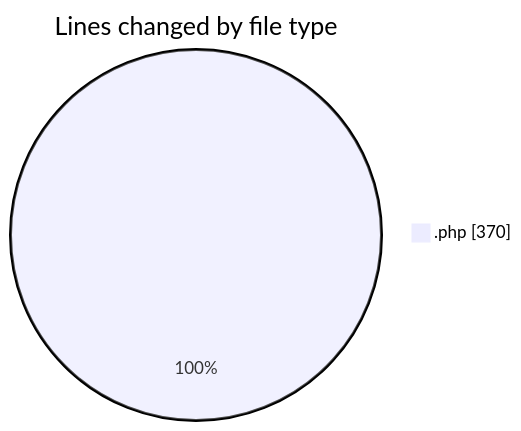
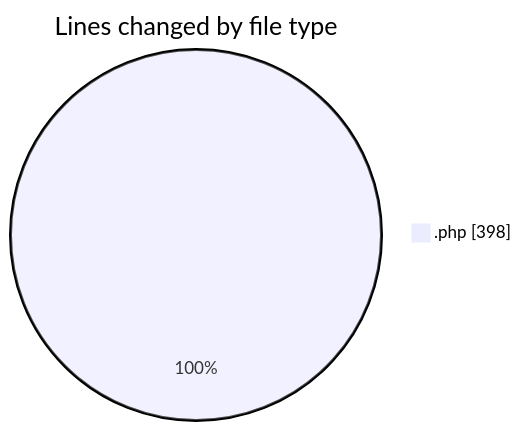
Before and after one commit to LanceThiago/code-tracking: the first of 2 diagrams in 2025-03-17/web/README.md, drawn with Mermaid. The commit also changed other lines of this file and 1 other file, not shown here.

````diff
--- a/2025-03-17/web/README.md
+++ b/2025-03-17/web/README.md
@@ -23,5 +23,5 @@
 ```mermaid
 pie showData
 title Lines changed by file type
-".php" : 370
+".php" : 398
 ```
````
